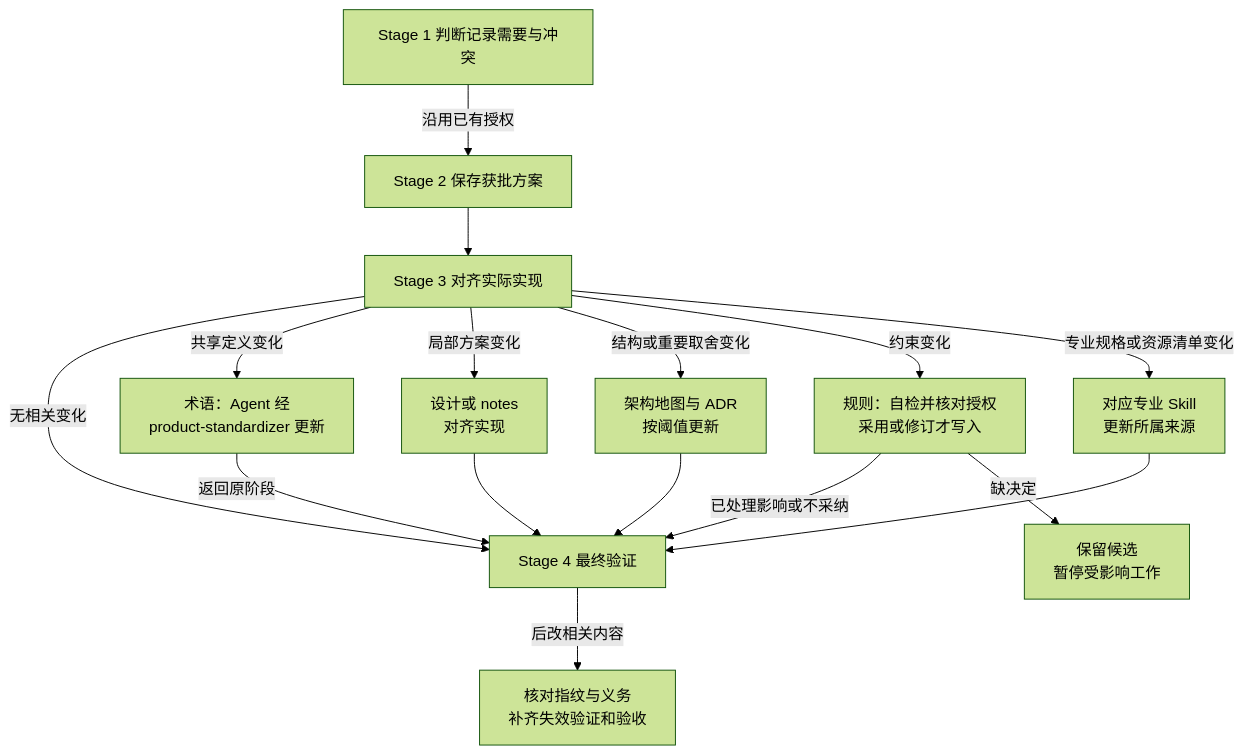
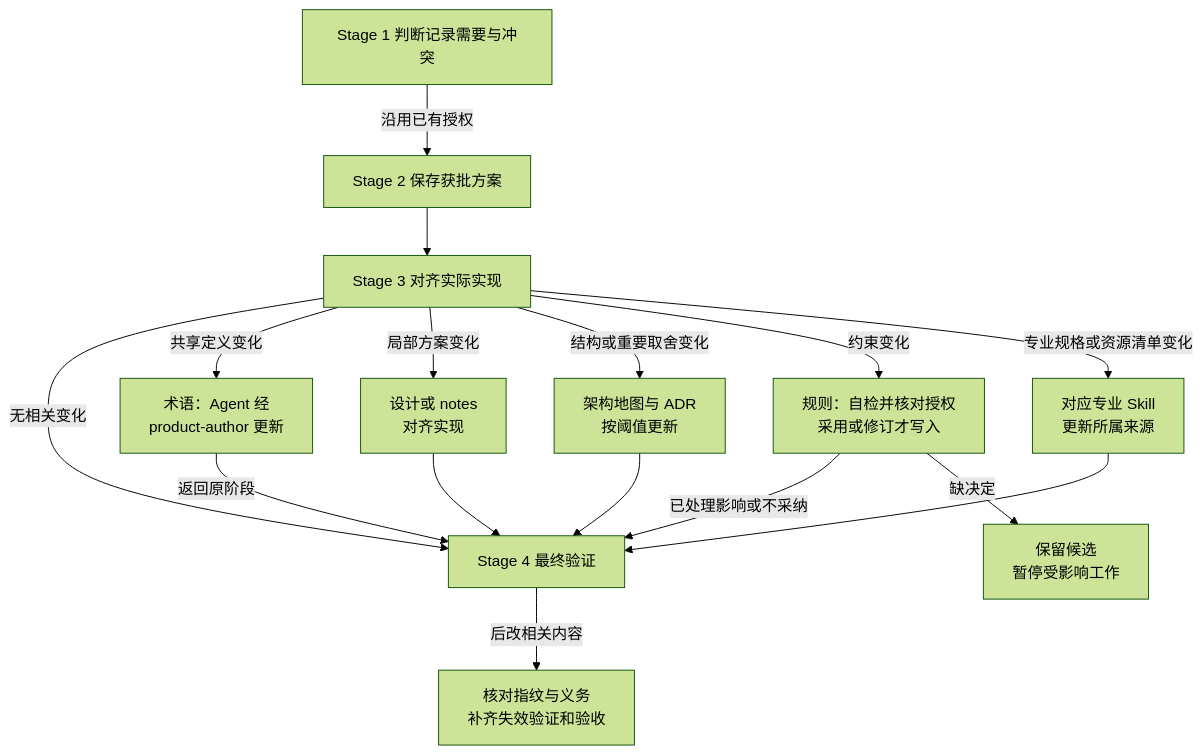
One commit to yxy823/Game_idle_yaya_frame changed the third of 3 diagrams in framework/docs/blank-project/guides/feature-delivery.md. Above: the diagram before and after it, drawn with Mermaid (forest theme). The commit also changed other lines of this file and 88 other files, not shown here.

````diff
--- a/framework/docs/blank-project/guides/feature-delivery.md
+++ b/framework/docs/blank-project/guides/feature-delivery.md
@@ -138,18 +138,18 @@
 ```mermaid
 flowchart TD
     A[Stage 1 判断记录需要与冲突] -->|沿用已有授权| B[Stage 2 保存获批方案]
     B --> C[Stage 3 对齐实际实现]
     C -->|无相关变化| V[Stage 4 最终验证]
-    C -->|共享定义变化| T[术语：Agent 经<br/>product-standardizer 更新]
+    C -->|共享定义变化| T[术语：Agent 经<br/>product-author 更新]
     C -->|局部方案变化| D[设计或 notes<br/>对齐实现]
     C -->|结构或重要取舍变化| H[架构地图与 ADR<br/>按阈值更新]
     C -->|约束变化| R[规则：自检并核对授权<br/>采用或修订才写入]
     C -->|专业规格或资源清单变化| S[对应专业 Skill<br/>更新所属来源]
     R -->|已处理影响或不采纳| V
     R -->|缺决定| P[保留候选<br/>暂停受影响工作]
     T -->|返回原阶段| V
     D --> V
     H --> V
     S --> V
     V -->|后改相关内容| K[核对指纹与义务<br/>补齐失效验证和验收]
 ```
````
